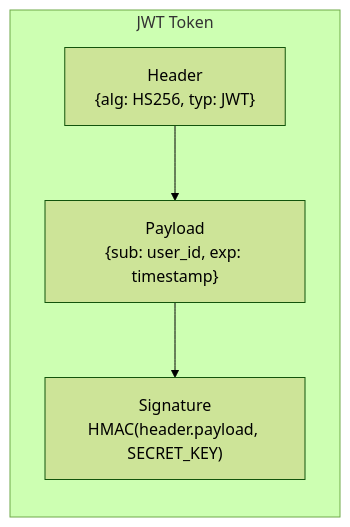
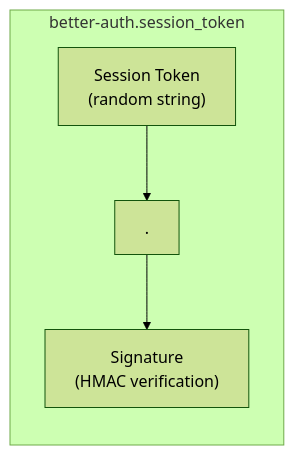
One commit to benjamin-karaoglan/appartment-agent changed the ninth of 15 diagrams in docs/architecture/data-flow.md. Above: the diagram before and after it, drawn with Mermaid (forest theme). The commit also changed other lines of this file and 22 other files, not shown here.

````diff
--- a/docs/architecture/data-flow.md
+++ b/docs/architecture/data-flow.md
@@ -278,10 +280,10 @@
 ```mermaid
 flowchart LR
-    subgraph Token["JWT Token"]
-        Header["Header<br/>{alg: HS256, typ: JWT}"]
-        Payload["Payload<br/>{sub: user_id, exp: timestamp}"]
-        Signature["Signature<br/>HMAC(header.payload, SECRET_KEY)"]
+    subgraph Cookie["better-auth.session_token"]
+        Token["Session Token<br/>(random string)"]
+        Dot["."]
+        Signature["Signature<br/>(HMAC verification)"]
     end
 
-    Header --> Payload --> Signature
+    Token --> Dot --> Signature
 ```
````
